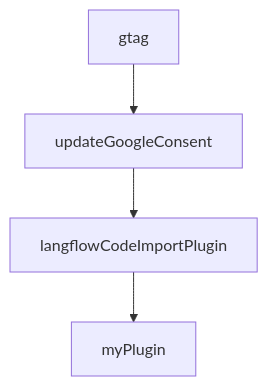
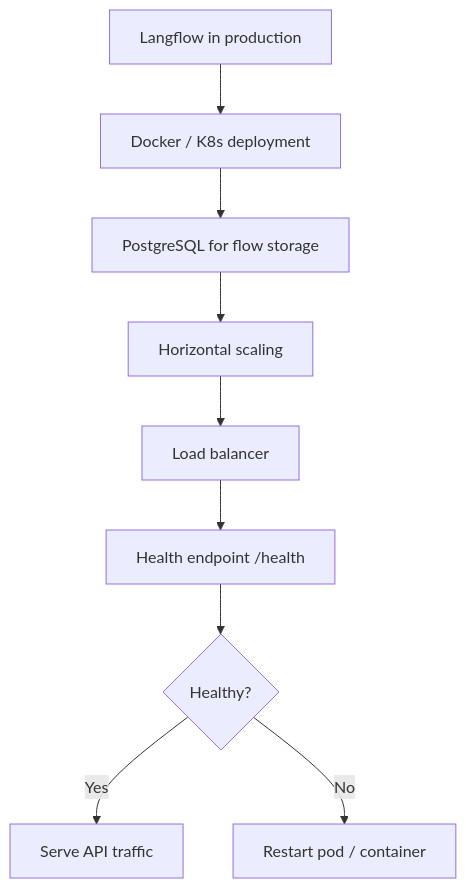
One commit to johnxie/awesome-code-docs changed the diagram in tutorials/langflow-tutorial/08-production-operations.md. Above: the diagram before and after it, drawn with Mermaid. The commit also changed other lines of this file and 1232 other files, not shown here.

````diff
--- a/tutorials/langflow-tutorial/08-production-operations.md
+++ b/tutorials/langflow-tutorial/08-production-operations.md
@@ -212,10 +43,11 @@
 ```mermaid
 flowchart TD
-    A[gtag]
-    B[updateGoogleConsent]
-    C[langflowCodeImportPlugin]
-    D[myPlugin]
-    A --> B
-    B --> C
-    C --> D
+    A[Langflow in production] --> B[Docker / K8s deployment]
+    B --> C[PostgreSQL for flow storage]
+    C --> D[Horizontal scaling]
+    D --> E[Load balancer]
+    E --> F[Health endpoint /health]
+    F --> G{Healthy?}
+    G -->|Yes| H[Serve API traffic]
+    G -->|No| I[Restart pod / container]
 ```
````
